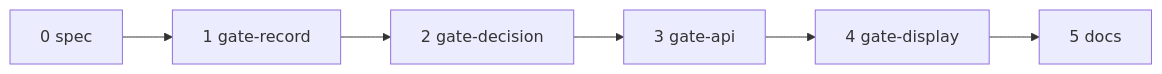
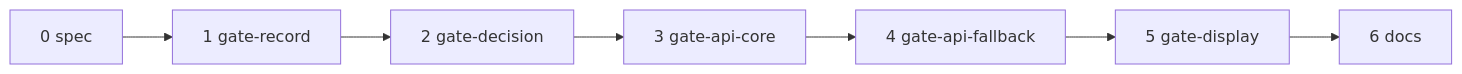
One commit to ScreamingFace/screamingface changed the diagram in docs/plan/2026-10-16-e4b-gate-record.md. Above: the diagram before and after it, drawn with Mermaid. The commit also changed other lines of this file and 11 other files, not shown here.

````diff
--- a/docs/plan/2026-10-16-e4b-gate-record.md
+++ b/docs/plan/2026-10-16-e4b-gate-record.md
@@ -37,4 +44,4 @@
 ```mermaid
 flowchart LR
-    U0[0 spec] --> U1[1 gate-record] --> U2[2 gate-decision] --> U3[3 gate-api] --> U4[4 gate-display] --> U5[5 docs]
+    U0[0 spec] --> U1[1 gate-record] --> U2[2 gate-decision] --> U3[3 gate-api-core] --> U4[4 gate-api-fallback] --> U5[5 gate-display] --> U6[6 docs]
 ```
````
